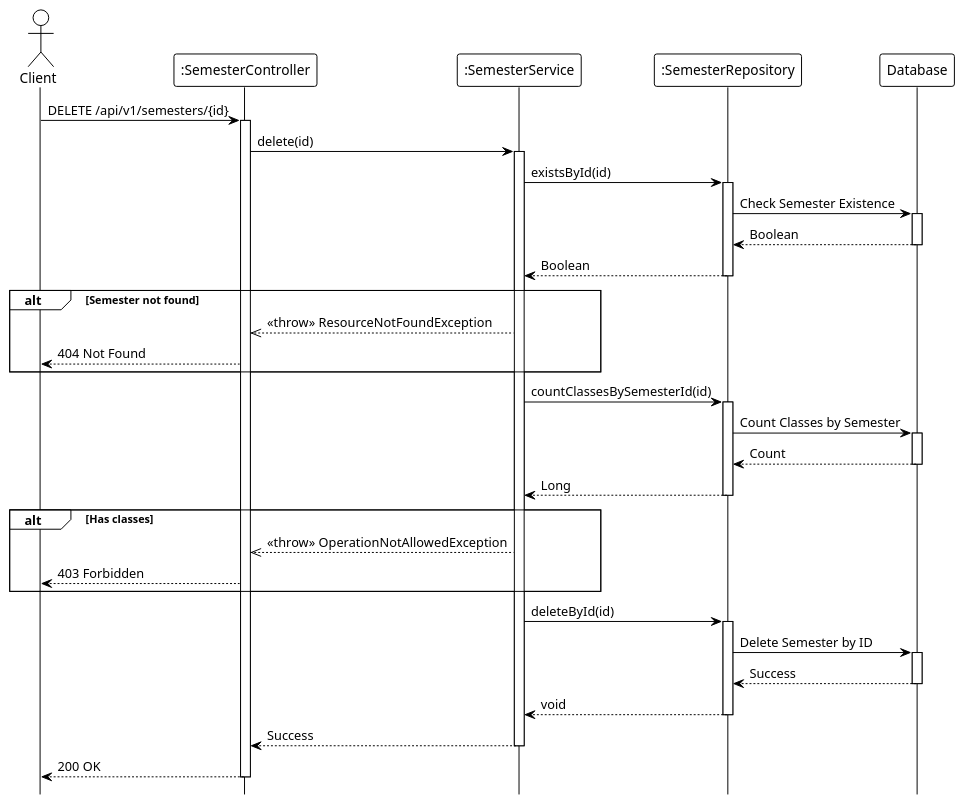
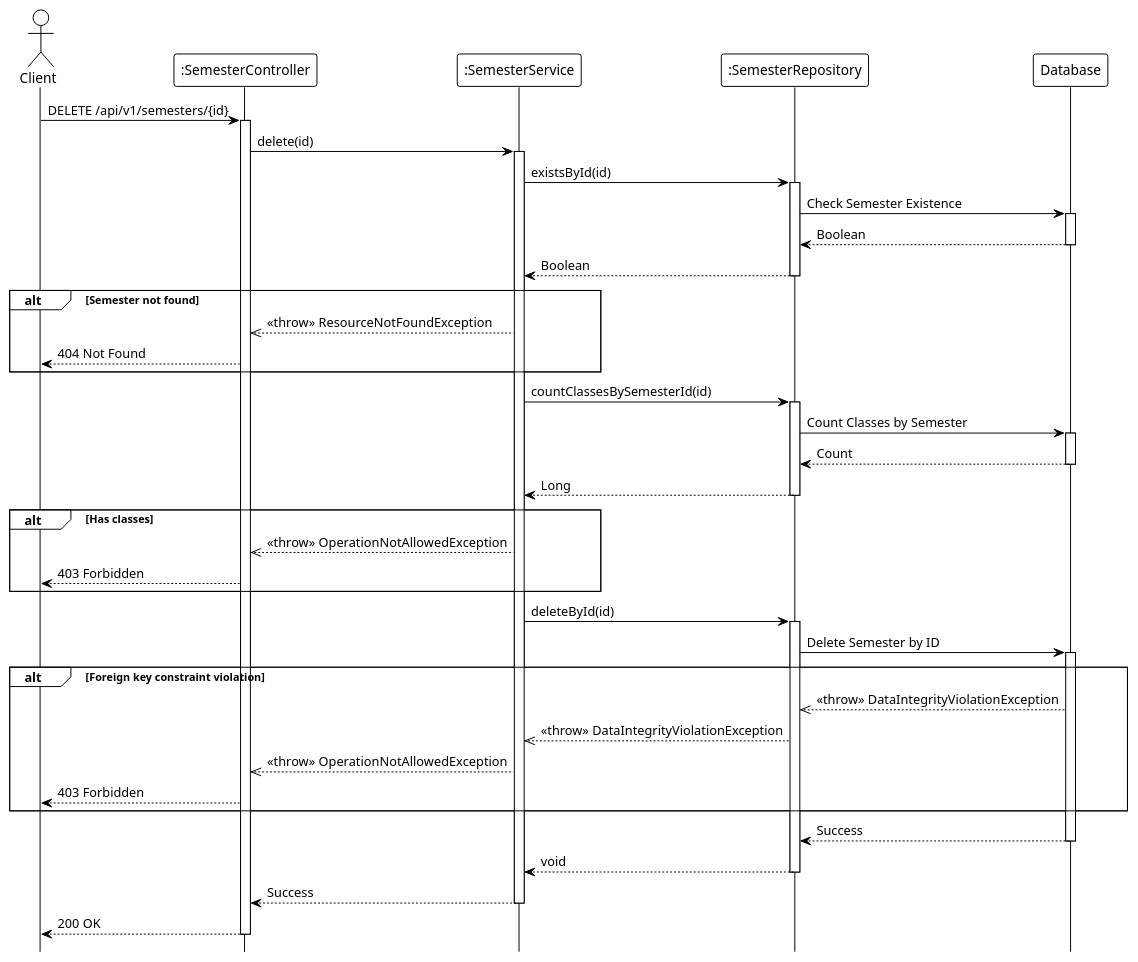
Before and after one commit to Ndh474/context: the diagram in system_detailed_design/09_delete_semester/sequence_diagram_delete_semester.puml, drawn with PlantUML.

Commit message:
refactor(diagrams): enhance delete semester sequence diagram to include foreign key constraint handling

```diff
--- a/system_detailed_design/09_delete_semester/sequence_diagram_delete_semester.puml
+++ b/system_detailed_design/09_delete_semester/sequence_diagram_delete_semester.puml
@@ -1,70 +1,78 @@
 @startuml delete_semester
 !theme plain
 hide footbox
 
 actor Client
 participant ":SemesterController" as Controller
 participant ":SemesterService" as Service
 participant ":SemesterRepository" as Repository
 participant "Database" as DB
 
 ' --- MAIN FLOW ---
 Client -> Controller: DELETE /api/v1/semesters/{id}
 activate Controller
 
 Controller -> Service: delete(id)
 activate Service
 
 ' --- CHECK EXISTENCE ---
 Service -> Repository: existsById(id)
 activate Repository
 
 Repository -> DB: Check Semester Existence
 activate DB
 DB --> Repository: Boolean
 deactivate DB
 
 Repository --> Service: Boolean
 deactivate Repository
 
 alt Semester not found
     Service -->> Controller: <<throw>> ResourceNotFoundException
     Controller --> Client: 404 Not Found
 end
 
 ' --- CHECK CLASSES ---
 Service -> Repository: countClassesBySemesterId(id)
 activate Repository
 
 Repository -> DB: Count Classes by Semester
 activate DB
 DB --> Repository: Count
 deactivate DB
 
 Repository --> Service: Long
 deactivate Repository
 
 alt Has classes
     Service -->> Controller: <<throw>> OperationNotAllowedException
     Controller --> Client: 403 Forbidden
 end
 
 ' --- DELETE OPERATION ---
 Service -> Repository: deleteById(id)
 activate Repository
 
 Repository -> DB: Delete Semester by ID
 activate DB
+
+alt Foreign key constraint violation
+    DB -->> Repository: <<throw>> DataIntegrityViolationException
+    Repository -->> Service: <<throw>> DataIntegrityViolationException
+    Service -->> Controller: <<throw>> OperationNotAllowedException
+    Controller --> Client: 403 Forbidden
+end
+
 DB --> Repository: Success
 deactivate DB
 
 Repository --> Service: void
 deactivate Repository
 
 Service --> Controller: Success
 deactivate Service
 
 Controller --> Client: 200 OK
 deactivate Controller
 
 @enduml
```
